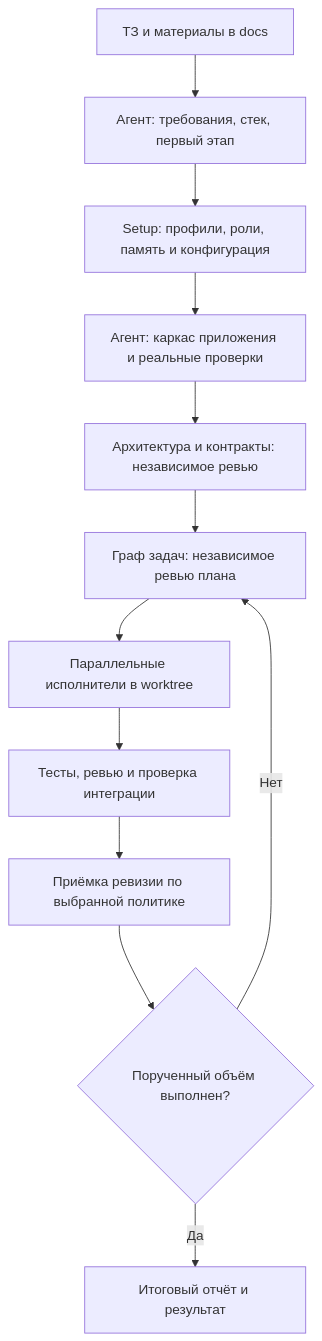
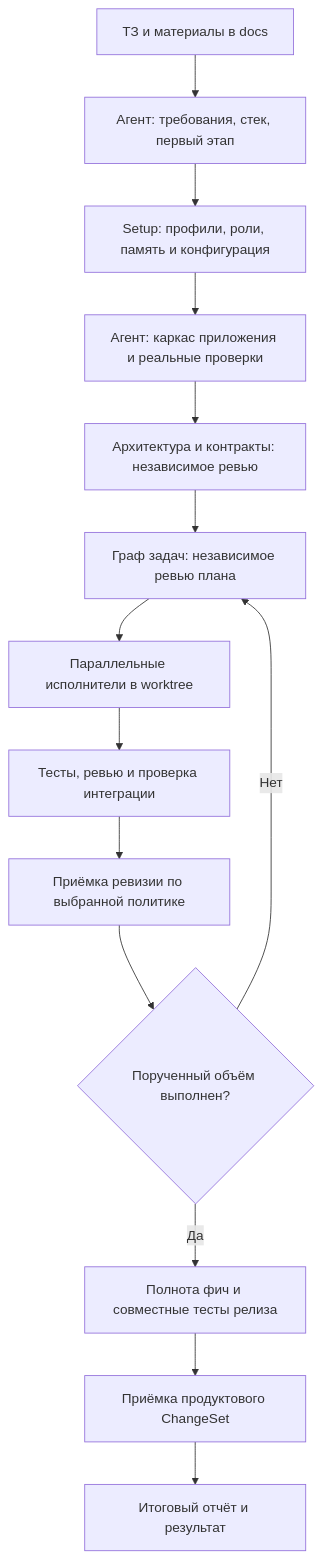
One commit to step1ov/devcontour changed the diagram in docs/workflow.md. Above: the diagram before and after it, drawn with Mermaid. The commit also changed other lines of this file and 41 other files, not shown here.

````diff
--- a/docs/workflow.md
+++ b/docs/workflow.md
@@ -51,14 +51,16 @@
 ```mermaid
 flowchart TD
     A[ТЗ и материалы в docs] --> B[Агент: требования, стек, первый этап]
     B --> C[Setup: профили, роли, память и конфигурация]
     C --> D[Агент: каркас приложения и реальные проверки]
     D --> E[Архитектура и контракты: независимое ревью]
     E --> F[Граф задач: независимое ревью плана]
     F --> G[Параллельные исполнители в worktree]
     G --> H[Тесты, ревью и проверка интеграции]
     H --> I[Приёмка ревизии по выбранной политике]
     I --> J{Порученный объём выполнен?}
     J -->|Нет| F
-    J -->|Да| K[Итоговый отчёт и результат]
+    J -->|Да| K[Полнота фич и совместные тесты релиза]
+    K --> L[Приёмка продуктового ChangeSet]
+    L --> M[Итоговый отчёт и результат]
 ```
````
